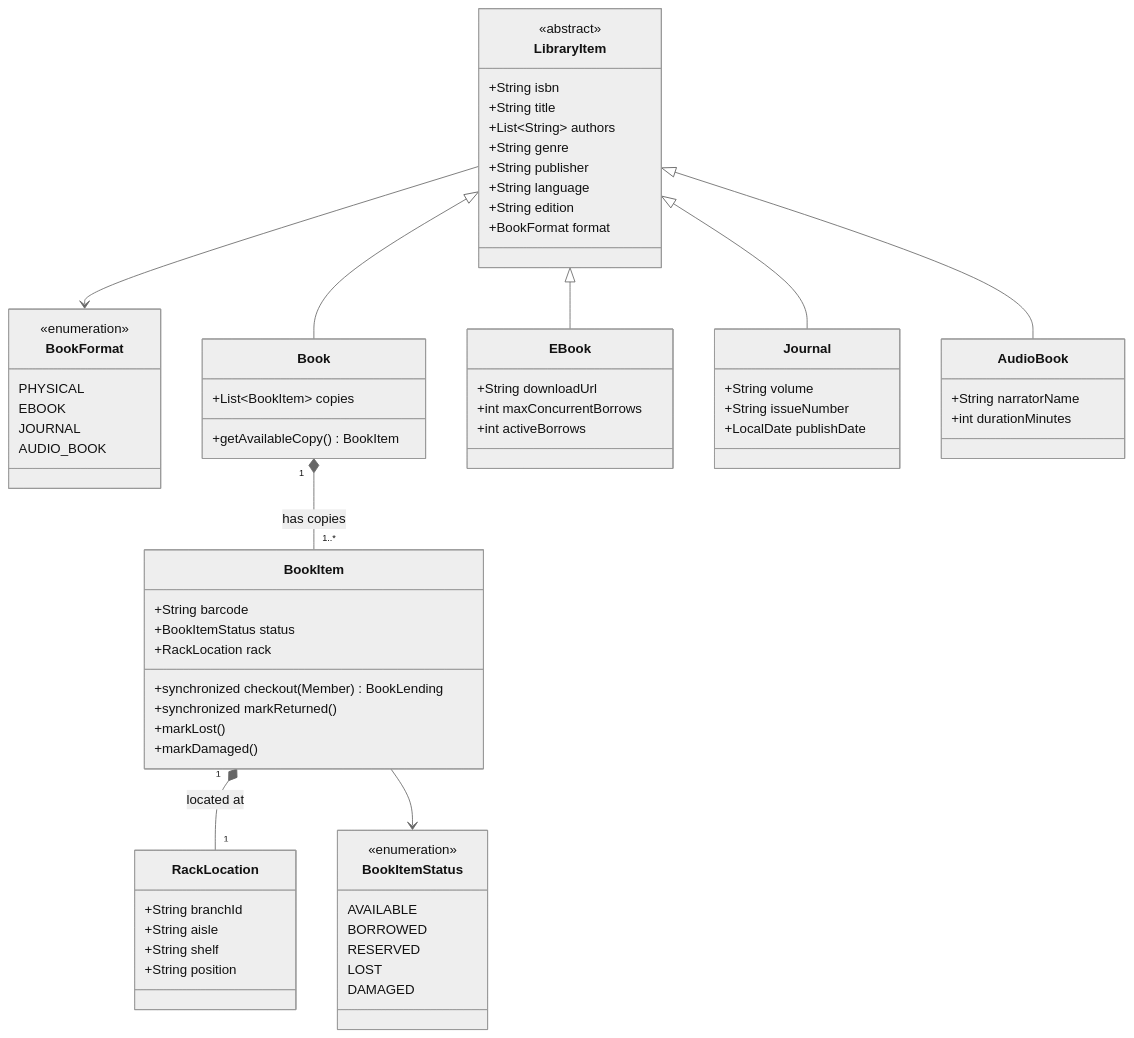
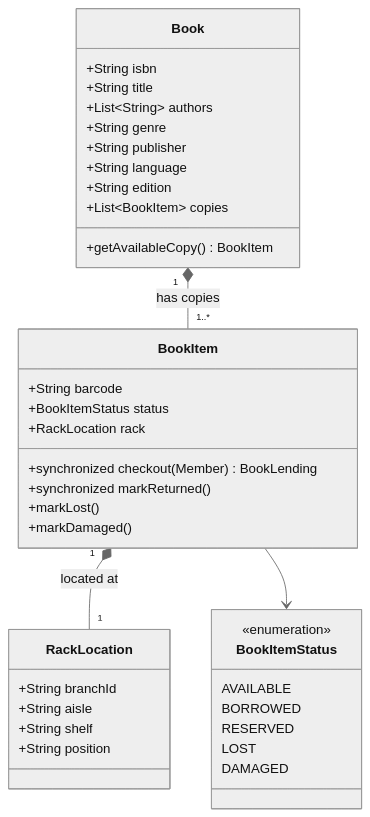
Before and after one commit to Arnavjain1703/LLD: the first of 10 diagrams in LibraryManagementSystem/class-diagram.md, drawn with Mermaid (neutral theme). The commit also changed other lines of this file and 1 other file, not shown here.

````diff
--- a/LibraryManagementSystem/class-diagram.md
+++ b/LibraryManagementSystem/class-diagram.md
@@ -7,79 +10,44 @@
 ```mermaid
 classDiagram
-    class BookFormat {
-        <<enumeration>>
-        PHYSICAL
-        EBOOK
-        JOURNAL
-        AUDIO_BOOK
-    }
-
     class BookItemStatus {
         <<enumeration>>
         AVAILABLE
         BORROWED
         RESERVED
         LOST
         DAMAGED
     }
 
-    class LibraryItem {
-        <<abstract>>
+    class Book {
         +String isbn
         +String title
         +List~String~ authors
         +String genre
         +String publisher
         +String language
         +String edition
-        +BookFormat format
-    }
-
-    class Book {
         +List~BookItem~ copies
         +getAvailableCopy() BookItem
-    }
-
-    class EBook {
-        +String downloadUrl
-        +int maxConcurrentBorrows
-        +int activeBorrows
-    }
-
-    class Journal {
-        +String volume
-        +String issueNumber
-        +LocalDate publishDate
-    }
-
-    class AudioBook {
-        +String narratorName
-        +int durationMinutes
     }
 
     class BookItem {
         +String barcode
         +BookItemStatus status
         +RackLocation rack
         +synchronized checkout(Member) BookLending
         +synchronized markReturned()
         +markLost()
         +markDamaged()
     }
 
     class RackLocation {
         +String branchId
         +String aisle
         +String shelf
         +String position
     }
 
-    LibraryItem <|-- Book
-    LibraryItem <|-- EBook
-    LibraryItem <|-- Journal
-    LibraryItem <|-- AudioBook
-    LibraryItem --> BookFormat
     Book "1" *-- "1..*" BookItem : has copies
     BookItem "1" *-- "1" RackLocation : located at
     BookItem --> BookItemStatus
 ```
````
